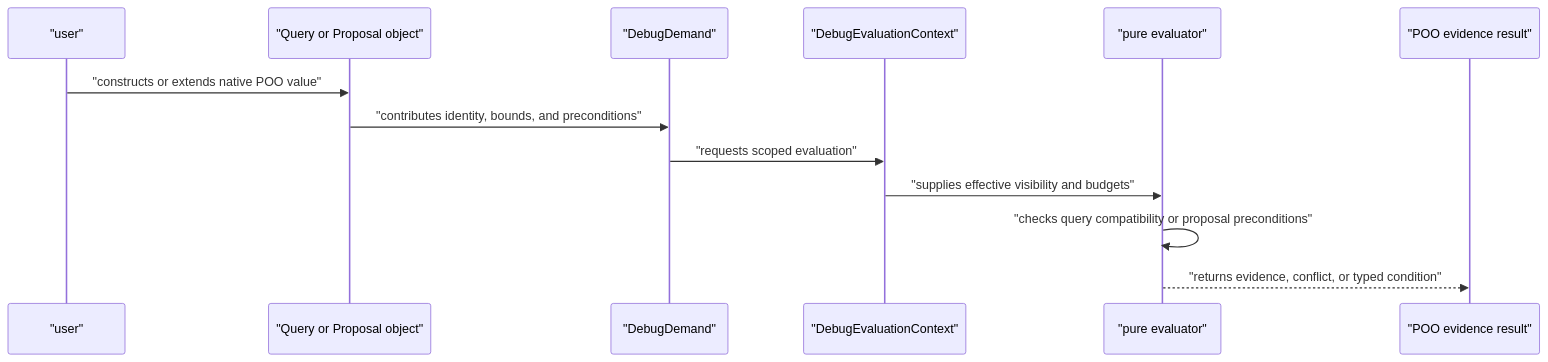
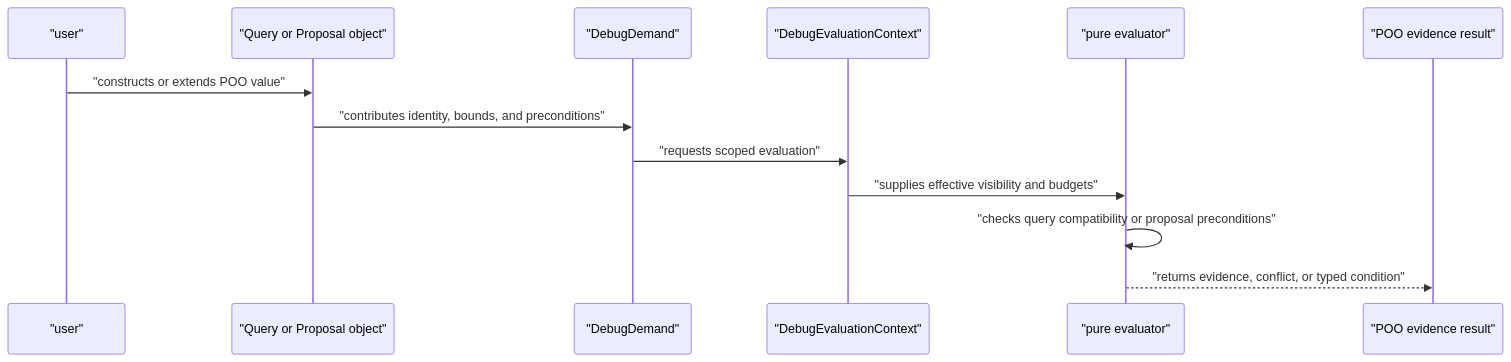
Before and after one commit to tao3k/gebril-yuanxu: the second of 2 diagrams in module-system/design/45-105-poo-debug-query-and-counterfactual-proposal-composition-algebra.org, drawn with Mermaid. The commit also changed other lines of this file and 1469 other files, not shown here.

```diff
--- a/module-system/design/45-105-poo-debug-query-and-counterfactual-proposal-composition-algebra.org
+++ b/module-system/design/45-105-poo-debug-query-and-counterfactual-proposal-composition-algebra.org
@@ -489,16 +489,16 @@
 #+begin_src mermaid
 sequenceDiagram
   participant User as "user"
   participant QP as "Query or Proposal object"
   participant Demand as "DebugDemand"
   participant Context as "DebugEvaluationContext"
   participant Eval as "pure evaluator"
   participant Result as "POO evidence result"
 
-  User->>QP: "constructs or extends native POO value"
+  User->>QP: "constructs or extends POO value"
   QP->>Demand: "contributes identity, bounds, and preconditions"
   Demand->>Context: "requests scoped evaluation"
   Context->>Eval: "supplies effective visibility and budgets"
   Eval->>Eval: "checks query compatibility or proposal preconditions"
   Eval-->>Result: "returns evidence, conflict, or typed condition"
 #+end_src
```
